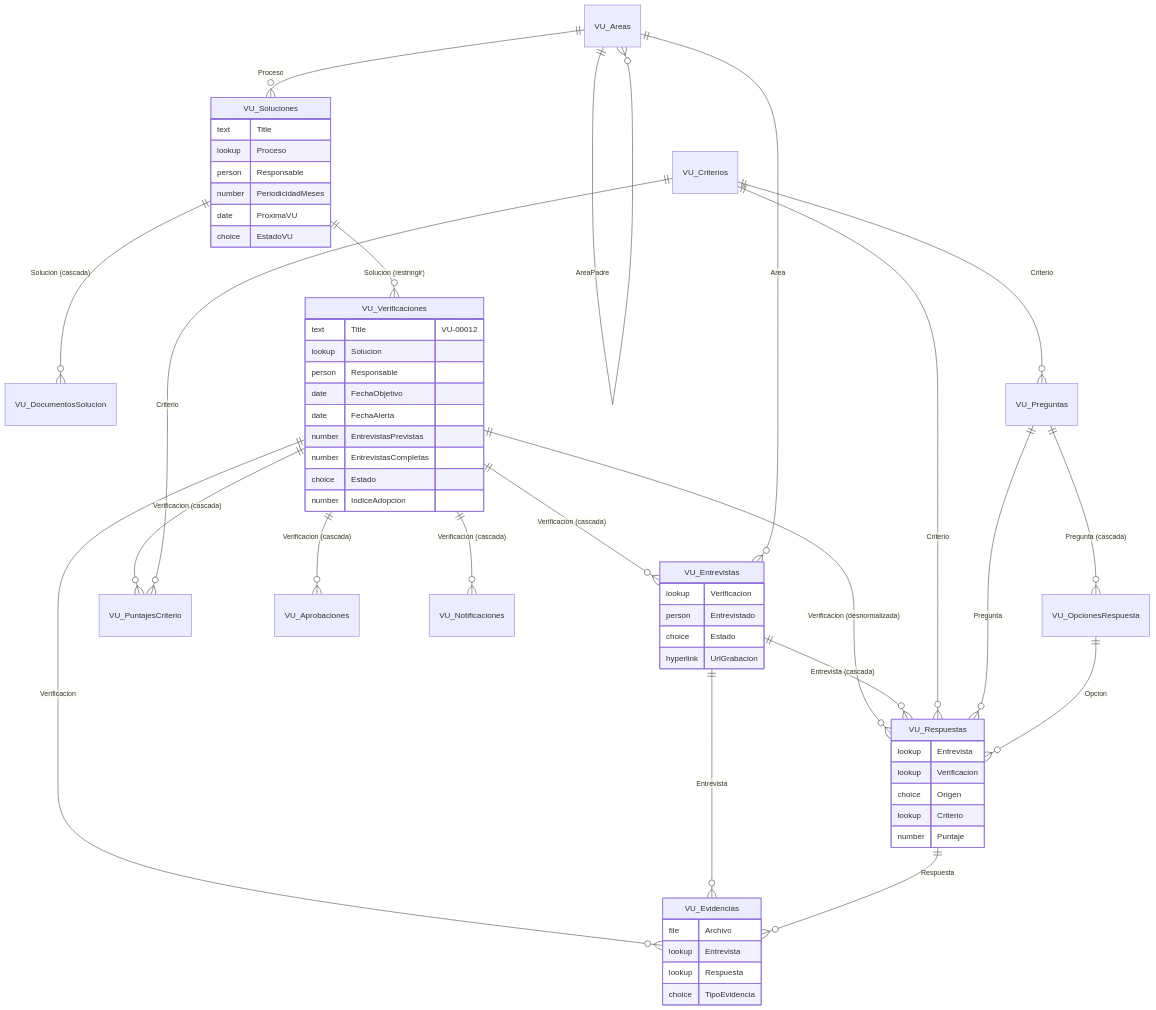
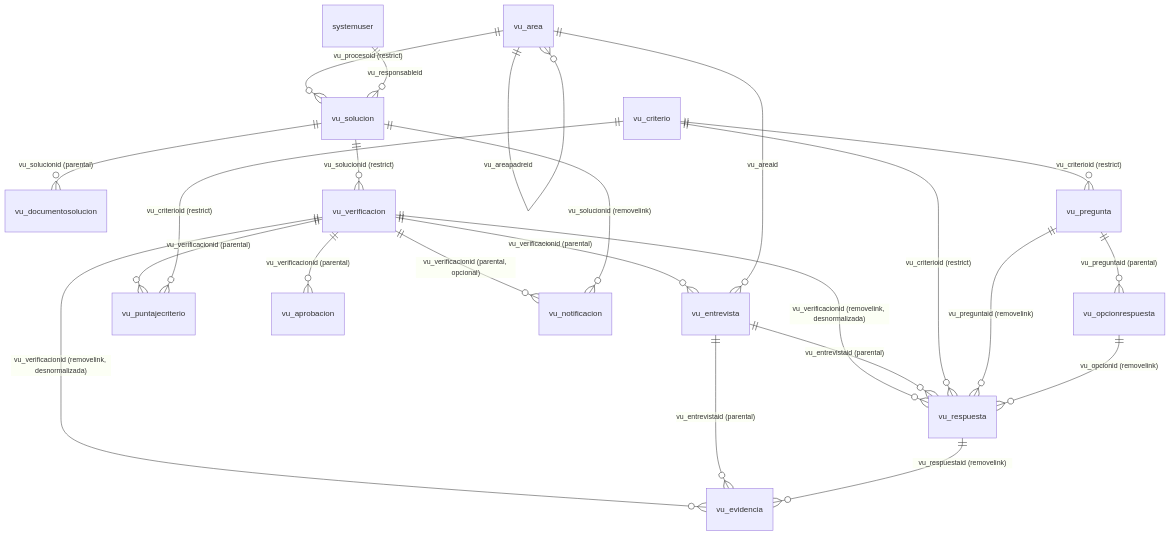
One commit to Biomont-Soluciones-Agiles/verificaciones-uso changed the first of 3 diagrams in docs/diseno-verificacion-uso.md. Above: the diagram before and after it, drawn with Mermaid. The commit also changed other lines of this file and 119 other files, not shown here.

````diff
--- a/docs/diseno-verificacion-uso.md
+++ b/docs/diseno-verificacion-uso.md
@@ -67,62 +66,25 @@
 ```mermaid
 erDiagram
-    VU_Areas ||--o{ VU_Areas : "AreaPadre"
-    VU_Areas ||--o{ VU_Soluciones : "Proceso"
-    VU_Soluciones ||--o{ VU_DocumentosSolucion : "Solucion (cascada)"
-    VU_Soluciones ||--o{ VU_Verificaciones : "Solucion (restringir)"
-    VU_Verificaciones ||--o{ VU_Entrevistas : "Verificacion (cascada)"
-    VU_Verificaciones ||--o{ VU_Respuestas : "Verificacion (desnormalizada)"
-    VU_Verificaciones ||--o{ VU_PuntajesCriterio : "Verificacion (cascada)"
-    VU_Verificaciones ||--o{ VU_Aprobaciones : "Verificacion (cascada)"
-    VU_Verificaciones ||--o{ VU_Notificaciones : "Verificacion (cascada)"
-    VU_Verificaciones ||--o{ VU_Evidencias : "Verificacion"
-    VU_Areas ||--o{ VU_Entrevistas : "Area"
-    VU_Entrevistas ||--o{ VU_Respuestas : "Entrevista (cascada)"
-    VU_Entrevistas ||--o{ VU_Evidencias : "Entrevista"
-    VU_Respuestas ||--o{ VU_Evidencias : "Respuesta"
-    VU_Criterios ||--o{ VU_Preguntas : "Criterio"
-    VU_Criterios ||--o{ VU_Respuestas : "Criterio"
-    VU_Criterios ||--o{ VU_PuntajesCriterio : "Criterio"
-    VU_Preguntas ||--o{ VU_OpcionesRespuesta : "Pregunta (cascada)"
-    VU_Preguntas ||--o{ VU_Respuestas : "Pregunta"
-    VU_OpcionesRespuesta ||--o{ VU_Respuestas : "Opcion"
-
-    VU_Soluciones {
-        text Title
-        lookup Proceso
-        person Responsable
-        number PeriodicidadMeses
-        date ProximaVU
-        choice EstadoVU
-    }
-    VU_Verificaciones {
-        text Title "VU-00012"
-        lookup Solucion
-        person Responsable
-        date FechaObjetivo
-        date FechaAlerta
-        number EntrevistasPrevistas
-        number EntrevistasCompletas
-        choice Estado
-        number IndiceAdopcion
-    }
-    VU_Entrevistas {
-        lookup Verificacion
-        person Entrevistado
-        choice Estado
-        hyperlink UrlGrabacion
-    }
-    VU_Respuestas {
-        lookup Entrevista
-        lookup Verificacion
-        choice Origen
-        lookup Criterio
-        number Puntaje
-    }
-    VU_Evidencias {
-        file Archivo
-        lookup Entrevista
-        lookup Respuesta
-        choice TipoEvidencia
-    }
+    vu_area ||--o{ vu_area : "vu_areapadreid"
+    vu_area ||--o{ vu_solucion : "vu_procesoid (restrict)"
+    systemuser ||--o{ vu_solucion : "vu_responsableid"
+    vu_solucion ||--o{ vu_documentosolucion : "vu_solucionid (parental)"
+    vu_solucion ||--o{ vu_verificacion : "vu_solucionid (restrict)"
+    vu_verificacion ||--o{ vu_entrevista : "vu_verificacionid (parental)"
+    vu_verificacion ||--o{ vu_puntajecriterio : "vu_verificacionid (parental)"
+    vu_verificacion ||--o{ vu_aprobacion : "vu_verificacionid (parental)"
+    vu_verificacion ||--o{ vu_notificacion : "vu_verificacionid (parental, opcional)"
+    vu_solucion ||--o{ vu_notificacion : "vu_solucionid (removelink)"
+    vu_verificacion ||--o{ vu_respuesta : "vu_verificacionid (removelink, desnormalizada)"
+    vu_verificacion ||--o{ vu_evidencia : "vu_verificacionid (removelink, desnormalizada)"
+    vu_entrevista ||--o{ vu_respuesta : "vu_entrevistaid (parental)"
+    vu_entrevista ||--o{ vu_evidencia : "vu_entrevistaid (parental)"
+    vu_respuesta ||--o{ vu_evidencia : "vu_respuestaid (removelink)"
+    vu_area ||--o{ vu_entrevista : "vu_areaid"
+    vu_criterio ||--o{ vu_pregunta : "vu_criterioid (restrict)"
+    vu_criterio ||--o{ vu_respuesta : "vu_criterioid (restrict)"
+    vu_criterio ||--o{ vu_puntajecriterio : "vu_criterioid (restrict)"
+    vu_pregunta ||--o{ vu_opcionrespuesta : "vu_preguntaid (parental)"
+    vu_pregunta ||--o{ vu_respuesta : "vu_preguntaid (removelink)"
+    vu_opcionrespuesta ||--o{ vu_respuesta : "vu_opcionid (removelink)"
 ```
````
